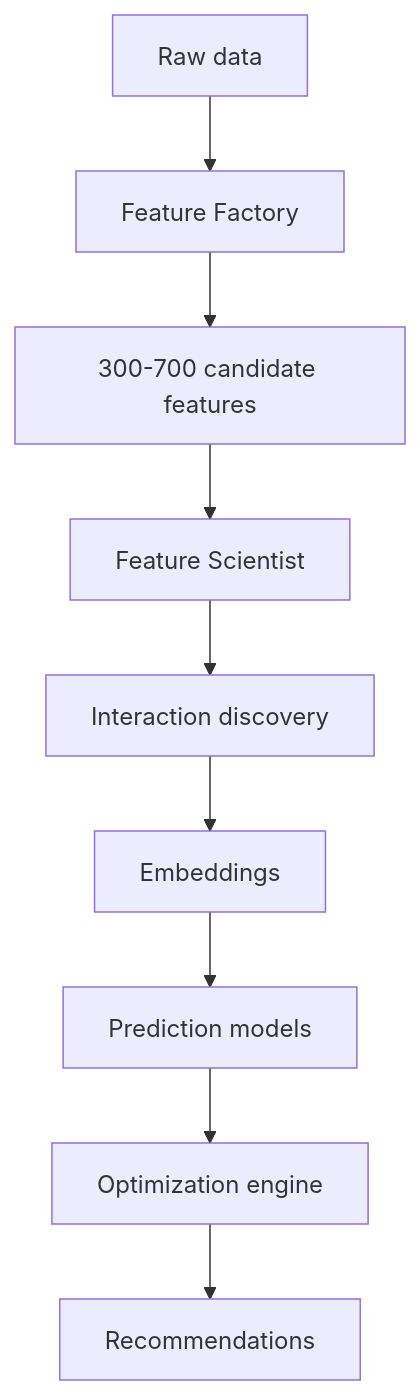
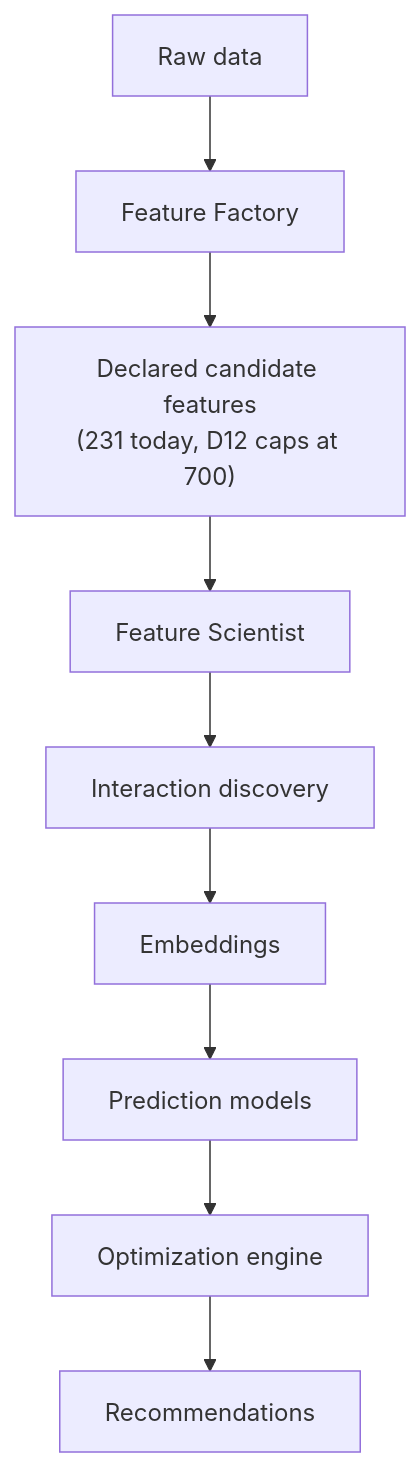
The second of 2 diagrams in README.md (smukhyala/XGalonso), drawn with Mermaid before and after one commit. The commit also changed other lines of this file and 22 other files, not shown here.

````diff
--- a/README.md
+++ b/README.md
@@ -101,11 +166,11 @@
 ```mermaid
 flowchart TD
     A["Raw data"] --> B["Feature Factory"]
-    B --> C["300-700 candidate features"]
+    B --> C["Declared candidate features<br/>(231 today, D12 caps at 700)"]
     C --> D["Feature Scientist"]
     D --> E["Interaction discovery"]
     E --> F["Embeddings"]
     F --> G["Prediction models"]
     G --> H["Optimization engine"]
     H --> I["Recommendations"]
 ```
````
